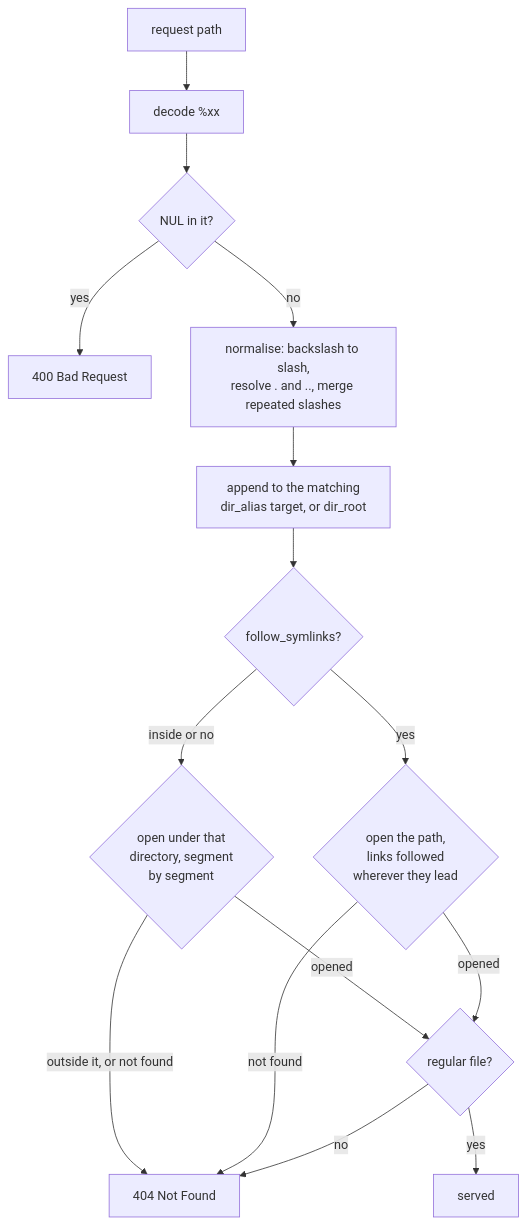
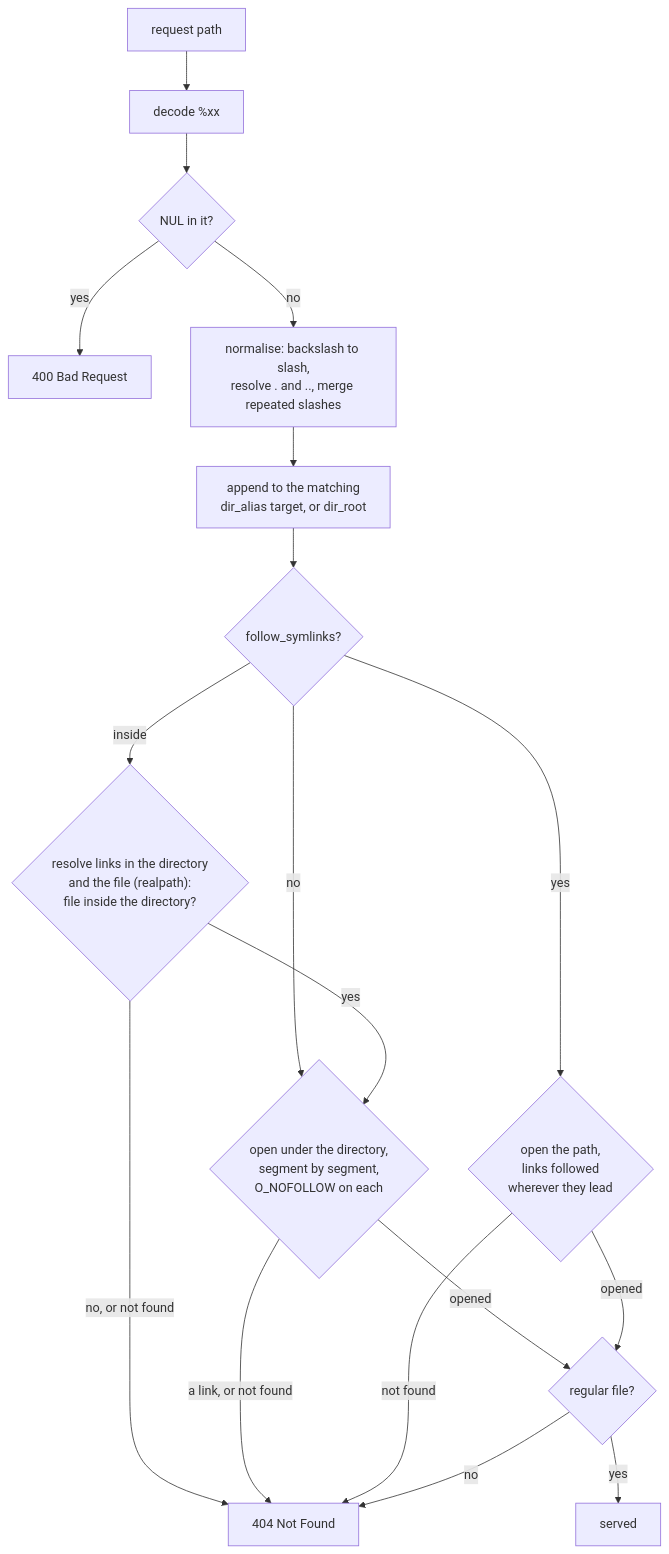
One commit to DanielTillett/klin changed the diagram in doc/FILES.md. Above: the diagram before and after it, drawn with Mermaid. The commit also changed other lines of this file and 20 other files, not shown here.

````diff
--- a/doc/FILES.md
+++ b/doc/FILES.md
@@ -34,17 +36,20 @@
 ```mermaid
 flowchart TD
     A["request path"] --> B["decode %xx"]
     B --> C{"NUL in it?"}
     C -- "yes" --> E400["400 Bad Request"]
     C -- "no" --> D["normalise: backslash to slash,<br/>resolve . and .., merge repeated slashes"]
     D --> F["append to the matching<br/>dir_alias target, or dir_root"]
     F --> P{"follow_symlinks?"}
-    P -- "inside or no" --> G{"open under that<br/>directory, segment<br/>by segment"}
+    P -- "inside" --> I{"resolve links in the directory<br/>and the file (realpath):<br/>file inside the directory?"}
+    P -- "no" --> G{"open under the directory,<br/>segment by segment,<br/>O_NOFOLLOW on each"}
     P -- "yes" --> Y{"open the path,<br/>links followed<br/>wherever they lead"}
-    G -- "outside it, or not found" --> E404["404 Not Found"]
+    I -- "yes" --> G
+    I -- "no, or not found" --> E404["404 Not Found"]
+    G -- "a link, or not found" --> E404
     Y -- "not found" --> E404
     G -- "opened" --> R{"regular file?"}
     Y -- "opened" --> R
     R -- "no" --> E404
     R -- "yes" --> S["served"]
 ```
````
